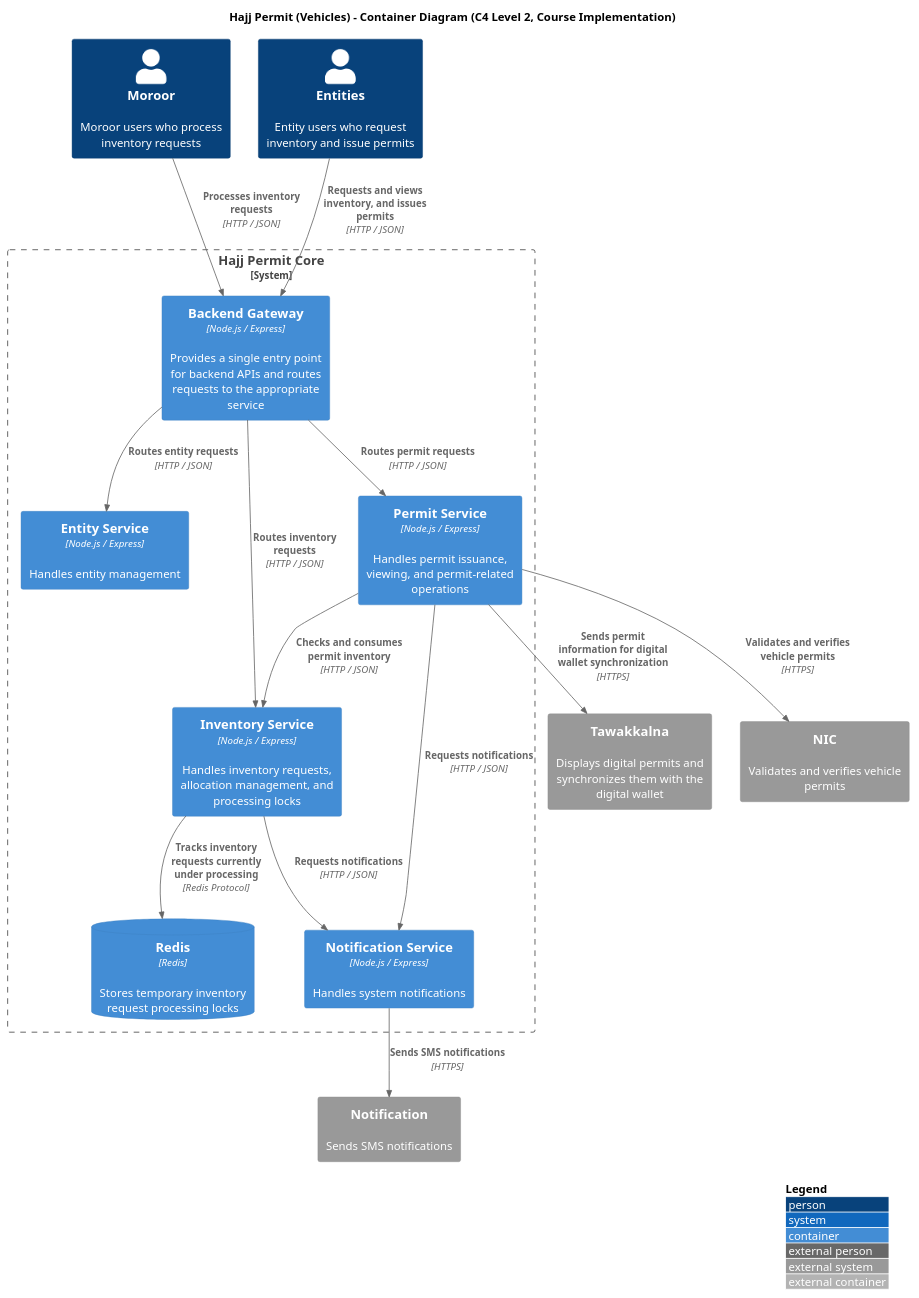
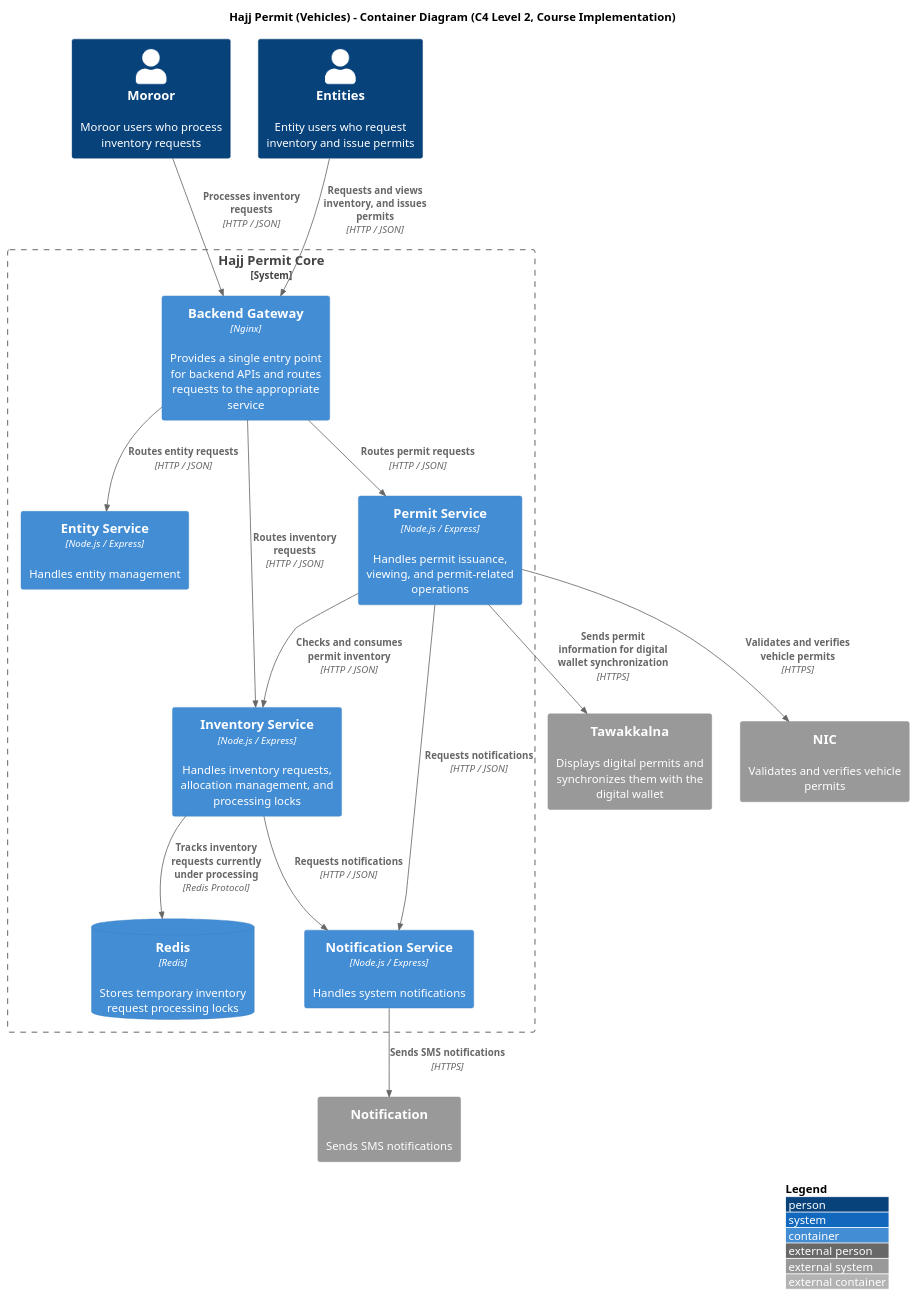
Before and after one commit to Mashael48/softwareArchitectCourse: the diagram in docs/c4/c2/container.puml, drawn with PlantUML.

Commit message:
update C2 gateway technology to Nginx

```diff
--- a/docs/c4/c2/container.puml
+++ b/docs/c4/c2/container.puml
@@ -1,30 +1,30 @@
 @startuml containers
 !include <C4/C4_Container>
 title Hajj Permit (Vehicles) - Container Diagram (C4 Level 2, Course Implementation)
 LAYOUT_WITH_LEGEND()
 Person(moroor, "Moroor", "Moroor users who process inventory requests")
 Person(entities, "Entities", "Entity users who request inventory and issue permits")
 System_Ext(notification, "Notification", "Sends SMS notifications")
 System_Ext(tawakkalna, "Tawakkalna", "Displays digital permits and synchronizes them with the digital wallet")
 System_Ext(nic, "NIC", "Validates and verifies vehicle permits")
 System_Boundary(hajj_permit_core, "Hajj Permit Core") {
-Container(gateway, "Backend Gateway", "Node.js / Express", "Provides a single entry point for backend APIs and routes requests to the appropriate service")
+Container(gateway, "Backend Gateway", "Nginx", "Provides a single entry point for backend APIs and routes requests to the appropriate service")
 Container(entity_service, "Entity Service", "Node.js / Express", "Handles entity management")
 Container(inventory_service, "Inventory Service", "Node.js / Express", "Handles inventory requests, allocation management, and processing locks")
 Container(permit_service, "Permit Service", "Node.js / Express", "Handles permit issuance, viewing, and permit-related operations")
 Container(notification_service, "Notification Service", "Node.js / Express", "Handles system notifications")
 ContainerDb(redis, "Redis", "Redis", "Stores temporary inventory request processing locks")
 }
 Rel(moroor, gateway, "Processes inventory requests", "HTTP / JSON")
 Rel(entities, gateway, "Requests and views inventory, and issues permits", "HTTP / JSON")
 Rel(gateway, entity_service, "Routes entity requests", "HTTP / JSON")
 Rel(gateway, inventory_service, "Routes inventory requests", "HTTP / JSON")
 Rel(gateway, permit_service, "Routes permit requests", "HTTP / JSON")
 Rel(inventory_service, notification_service, "Requests notifications", "HTTP / JSON")
 Rel(permit_service, notification_service, "Requests notifications", "HTTP / JSON")
 Rel(permit_service, inventory_service, "Checks and consumes permit inventory", "HTTP / JSON")
 Rel(inventory_service, redis, "Tracks inventory requests currently under processing", "Redis Protocol")
 Rel(notification_service, notification, "Sends SMS notifications", "HTTPS")
 Rel(permit_service, tawakkalna, "Sends permit information for digital wallet synchronization", "HTTPS")
 Rel(permit_service, nic, "Validates and verifies vehicle permits", "HTTPS")
 @enduml
```
